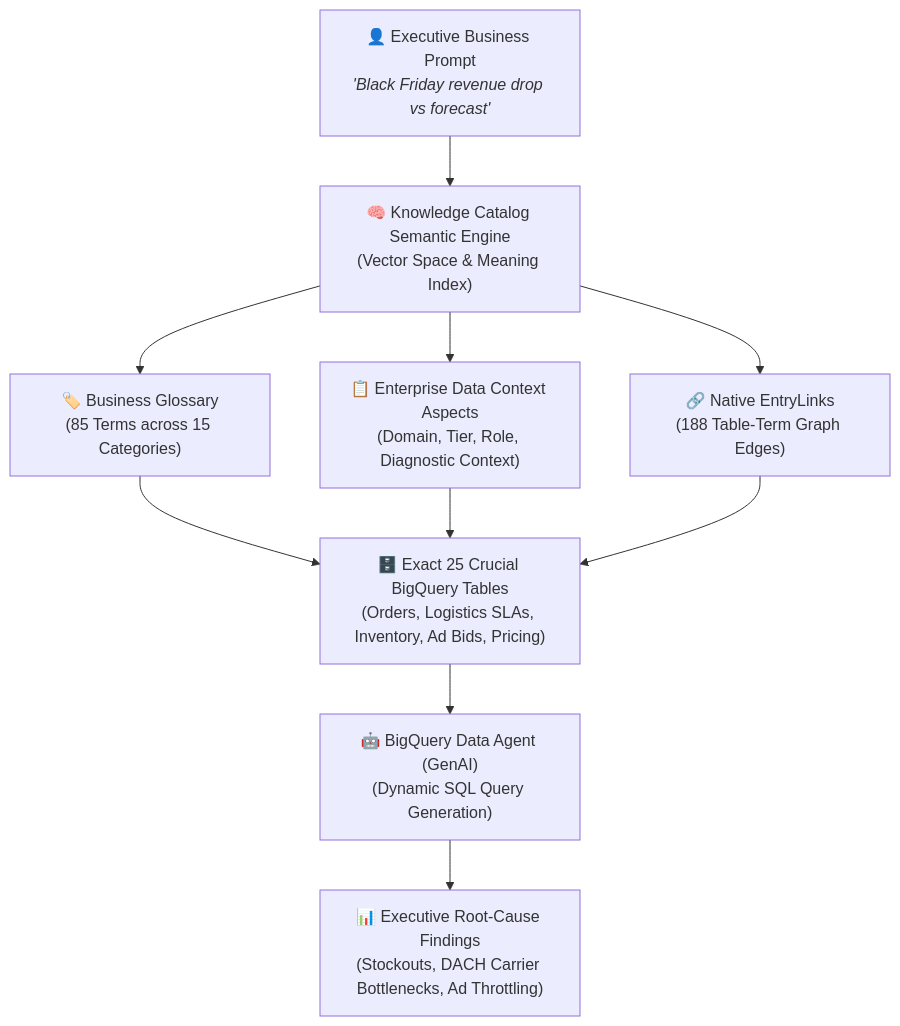
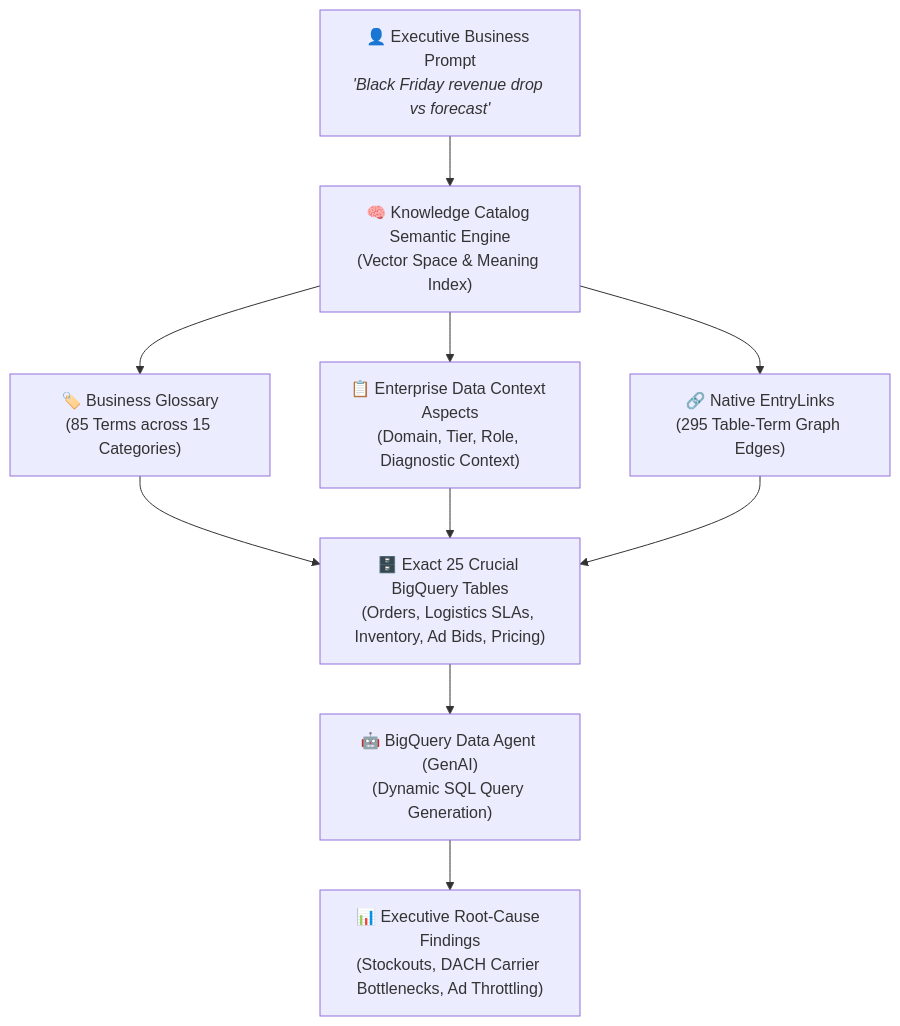
Before and after one commit to kestutisgoogle/black-week: the first of 6 diagrams in docs/DATA_CONTEXT_AND_SEMANTICS_GUIDE.md, drawn with Mermaid. The commit also changed other lines of this file and 53 other files, not shown here.

````diff
--- a/docs/DATA_CONTEXT_AND_SEMANTICS_GUIDE.md
+++ b/docs/DATA_CONTEXT_AND_SEMANTICS_GUIDE.md
@@ -20,12 +20,12 @@
 ```mermaid
 graph TD
     A["👤 Executive Business Prompt<br/><i>'Black Friday revenue drop vs forecast'</i>"] --> B["🧠 Knowledge Catalog Semantic Engine<br/>(Vector Space & Meaning Index)"]
     B --> C["🏷️ Business Glossary<br/>(85 Terms across 15 Categories)"]
     B --> D["📋 Enterprise Data Context Aspects<br/>(Domain, Tier, Role, Diagnostic Context)"]
-    B --> E1["🔗 Native EntryLinks<br/>(188 Table-Term Graph Edges)"]
+    B --> E1["🔗 Native EntryLinks<br/>(295 Table-Term Graph Edges)"]
     C --> E["🗄️ Exact 25 Crucial BigQuery Tables<br/>(Orders, Logistics SLAs, Inventory, Ad Bids, Pricing)"]
     D --> E
     E1 --> E
     E --> F["🤖 BigQuery Data Agent (GenAI)<br/>(Dynamic SQL Query Generation)"]
     F --> G["📊 Executive Root-Cause Findings<br/>(Stockouts, DACH Carrier Bottlenecks, Ad Throttling)"]
 ```
````
